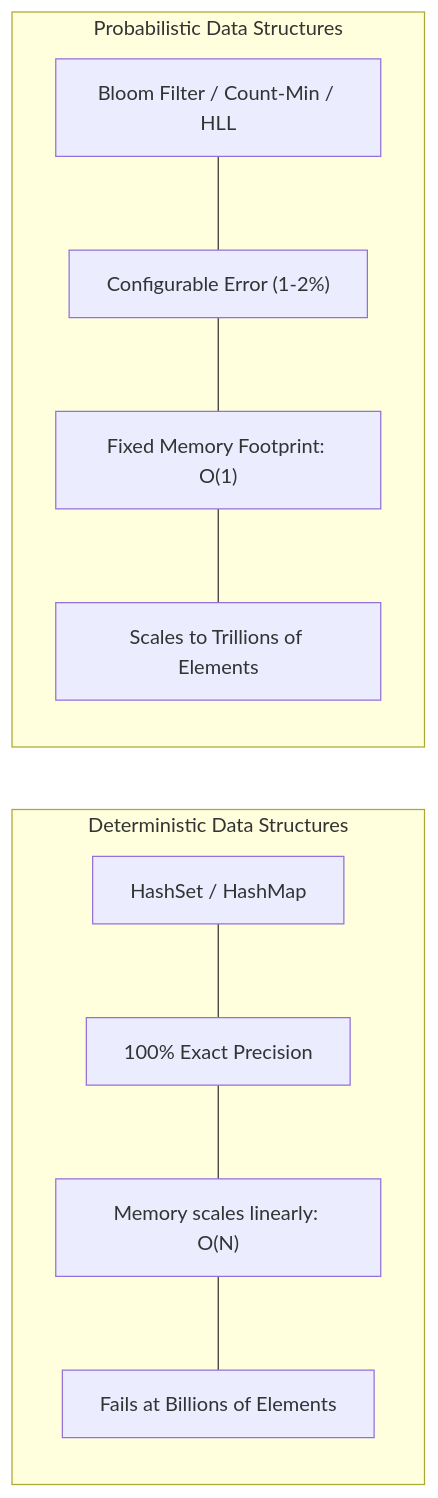
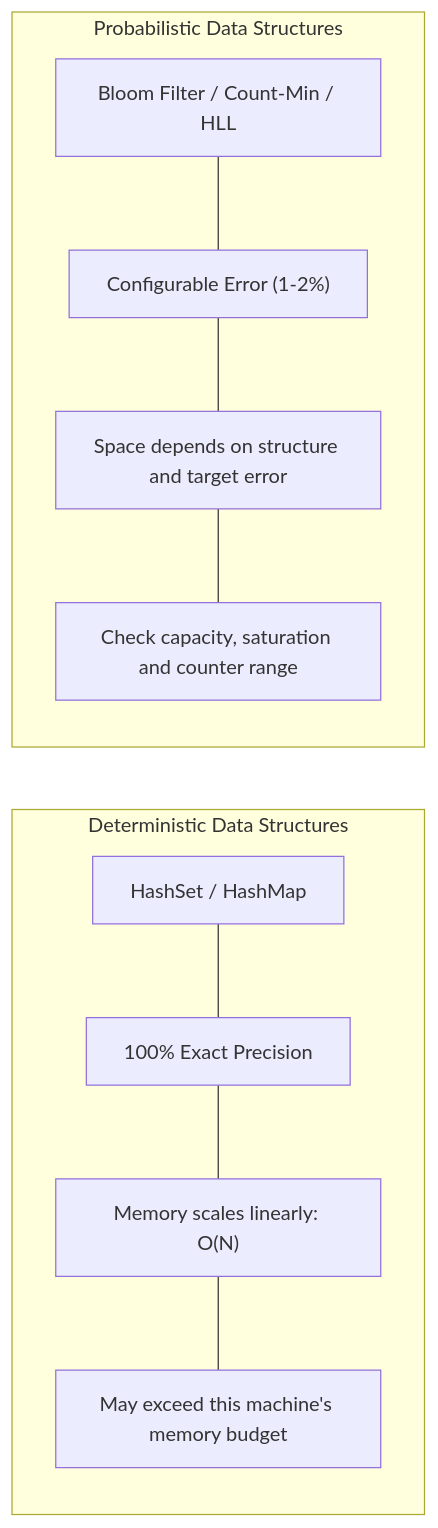
Before and after one commit to abhinnaagrawal/system-design-notes: the first of 8 diagrams in Core Concepts/Data Structures for Big Data/README.md, drawn with Mermaid. The commit also changed other lines of this file and 83 other files, not shown here.

````diff
--- a/Core Concepts/Data Structures for Big Data/README.md
+++ b/Core Concepts/Data Structures for Big Data/README.md
@@ -17,20 +19,20 @@
 ```mermaid
 flowchart LR
     subgraph Exact["Deterministic Data Structures"]
         direction TB
         E1["HashSet / HashMap"]
         E2["100% Exact Precision"]
         E3["Memory scales linearly: O(N)"]
-        E4["Fails at Billions of Elements"]
+        E4["May exceed this machine's memory budget"]
         E1 --- E2 --- E3 --- E4
     end
 
     subgraph Probabilistic["Probabilistic Data Structures"]
         direction TB
         P1["Bloom Filter / Count-Min / HLL"]
         P2["Configurable Error (1-2%)"]
-        P3["Fixed Memory Footprint: O(1)"]
-        P4["Scales to Trillions of Elements"]
+        P3["Space depends on structure and target error"]
+        P4["Check capacity, saturation and counter range"]
         P1 --- P2 --- P3 --- P4
     end
 ```
````
